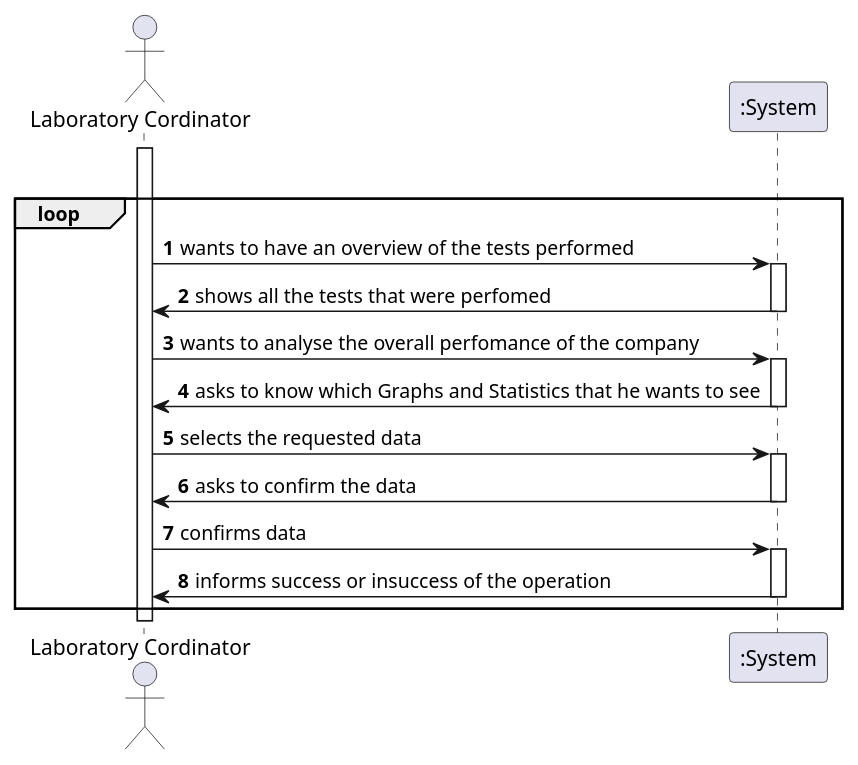
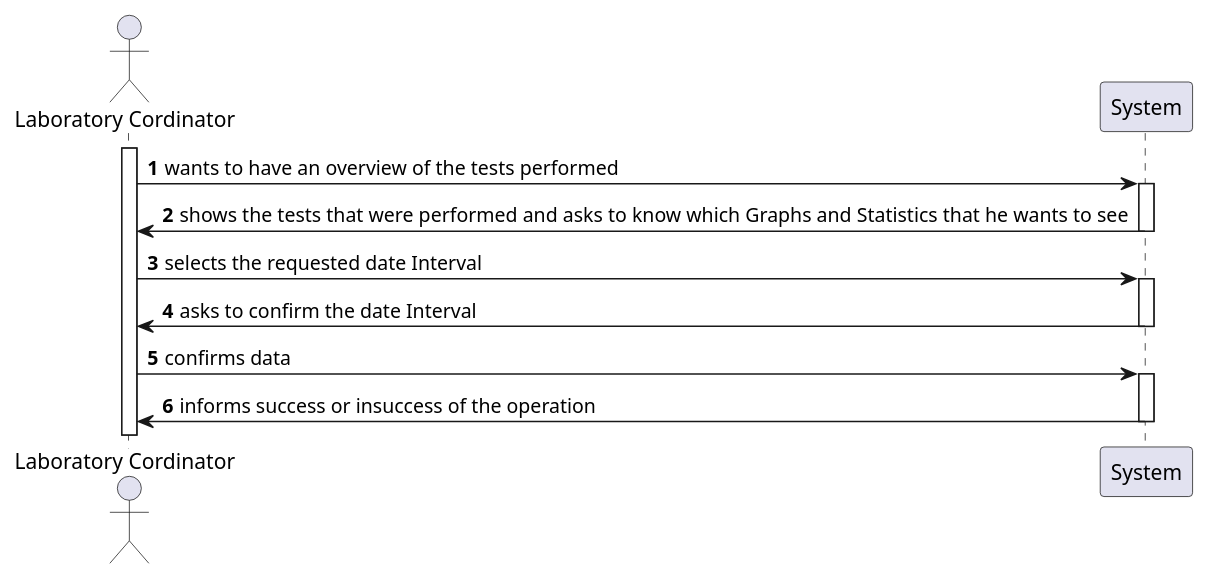
One commit to jsmarques98/LAPR2-ISEP changed the diagram in docs/SprintD/US16/US16_SSD.puml. Above: the diagram before and after it, drawn with PlantUML. The commit also changed 2 other files, not shown here.

```diff
--- a/docs/SprintD/US16/US16_SSD.puml
+++ b/docs/SprintD/US16/US16_SSD.puml
@@ -1,46 +1,34 @@
 @startuml
 'https://plantuml.com/sequence-diagram
 
 autonumber
 
 actor  "Laboratory Cordinator" as LC
 
-participant ":System" as System
+participant System
 
-loop
 activate LC
 
-loop
+
 LC -> System: wants to have an overview of the tests performed
+activate System
+
+System -> LC: shows the tests that were performed and asks to know which Graphs and Statistics that he wants to see
+
+
+deactivate System
+LC -> System: selects the requested date Interval
 
 activate System
 
-System -> LC: shows all the tests that were perfomed
-
-deactivate System
-
-LC -> System:  wants to analyse the overall perfomance of the company
-
-activate System
-
-System -> LC: asks to know which Graphs and Statistics that he wants to see
-
-deactivate System
-
-LC -> System: selects the requested data
-
-activate System
-
-System -> LC: asks to confirm the data
+System -> LC: asks to confirm the date Interval
 
 deactivate System
 
 LC -> System: confirms data
-
 activate System
-
 System -> LC: informs success or insuccess of the operation
 
 deactivate System
-end
+
 @enduml
```
